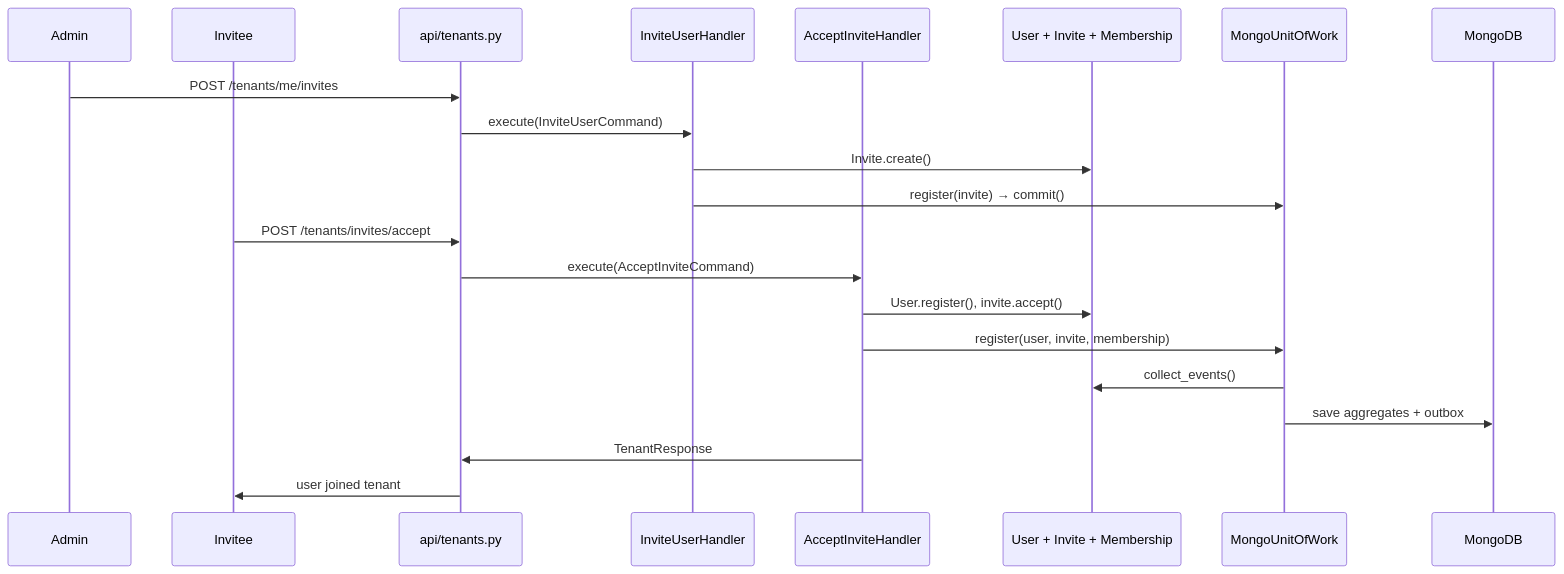
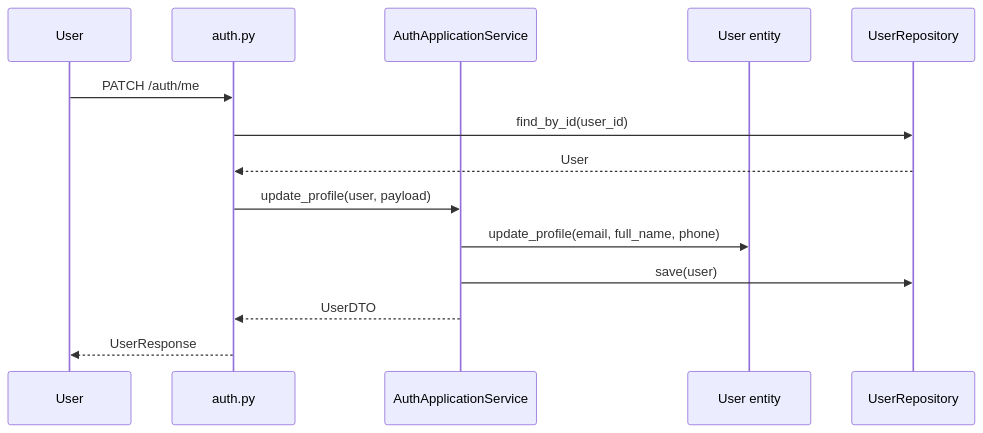
One commit to memoryofayllwros/identity-service changed the second of 2 diagrams in docs/architecture/HEXAGONAL_SLIDES.md. Above: the diagram before and after it, drawn with Mermaid. The commit also changed other lines of this file and 1 other file, not shown here.

````diff
--- a/docs/architecture/HEXAGONAL_SLIDES.md
+++ b/docs/architecture/HEXAGONAL_SLIDES.md
@@ -145,25 +139,17 @@
 ```mermaid
 sequenceDiagram
-  participant Admin
-  participant Invitee
-  participant API as api/tenants.py
-  participant InviteH as InviteUserHandler
-  participant AcceptH as AcceptInviteHandler
-  participant Domain as User + Invite + Membership
-  participant UoW as MongoUnitOfWork
-  participant DB as MongoDB
+  participant User
+  participant API as auth.py
+  participant Svc as AuthApplicationService
+  participant Domain as User entity
+  participant Repo as UserRepository
 
-  Admin->>API: POST /tenants/me/invites
-  API->>InviteH: execute(InviteUserCommand)
-  InviteH->>Domain: Invite.create()
-  InviteH->>UoW: register(invite) → commit()
-
-  Invitee->>API: POST /tenants/invites/accept
-  API->>AcceptH: execute(AcceptInviteCommand)
-  AcceptH->>Domain: User.register(), invite.accept()
-  AcceptH->>UoW: register(user, invite, membership)
-  UoW->>Domain: collect_events()
-  UoW->>DB: save aggregates + outbox
-  AcceptH->>API: TenantResponse
-  API->>Invitee: user joined tenant
+  User->>API: PATCH /auth/me
+  API->>Repo: find_by_id(user_id)
+  Repo-->>API: User
+  API->>Svc: update_profile(user, payload)
+  Svc->>Domain: update_profile(email, full_name, phone)
+  Svc->>Repo: save(user)
+  Svc-->>API: UserDTO
+  API-->>User: UserResponse
 ```
````
